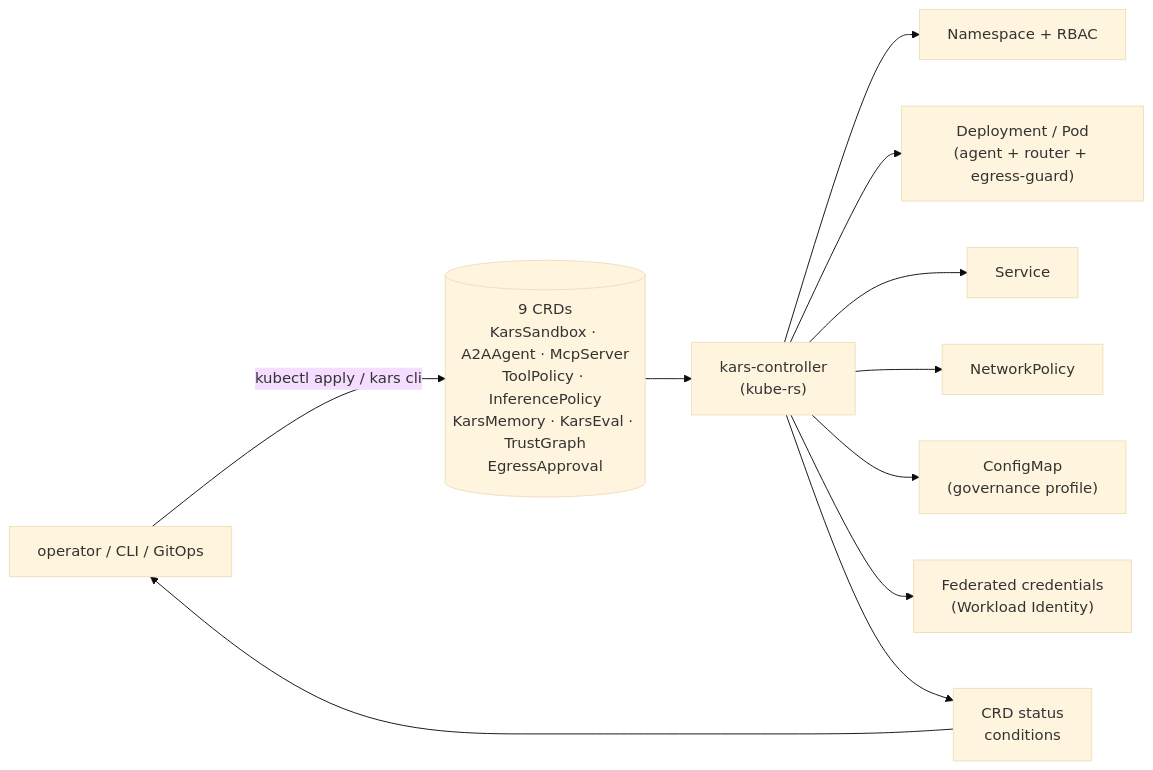
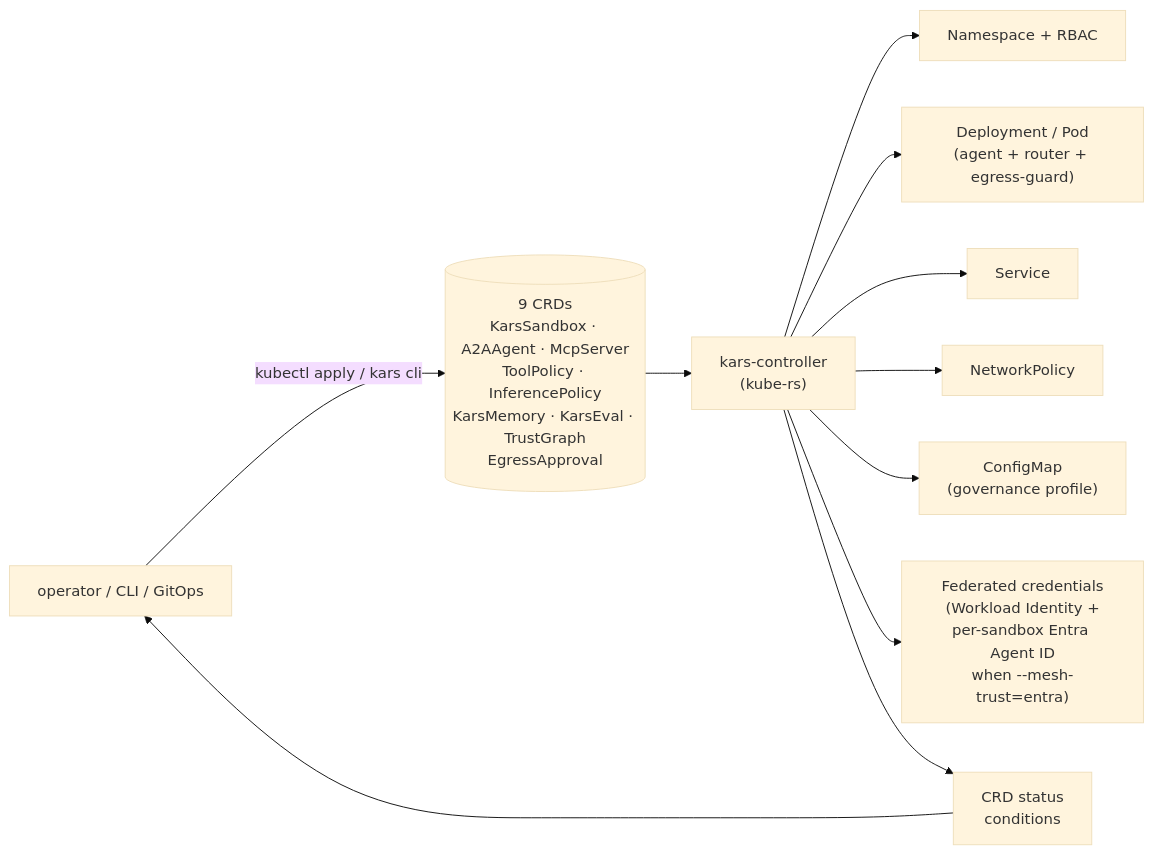
One commit to lachie83/kars changed the sixth of 9 diagrams in docs/architecture-diagrams.md. Above: the diagram before and after it, drawn with Mermaid (base theme). The commit also changed other lines of this file and 6 other files, not shown here.

First line of the commit message:
docs(readme,architecture): refresh identity story for Entra Agent ID + scrub residual azureclaw refs (#366)

````diff
--- a/docs/architecture-diagrams.md
+++ b/docs/architecture-diagrams.md
@@ -202,18 +223,18 @@
 ```mermaid
 flowchart LR
   User["operator / CLI / GitOps"]
   CRD[("9 CRDs<br/>KarsSandbox · A2AAgent · McpServer<br/>ToolPolicy · InferencePolicy<br/>KarsMemory · KarsEval · TrustGraph<br/>EgressApproval")]
   Ctrl["kars-controller<br/>(kube-rs)"]
 
   User -->|kubectl apply / kars cli| CRD
   CRD --> Ctrl
   Ctrl --> NS["Namespace + RBAC"]
   Ctrl --> Dep["Deployment / Pod<br/>(agent + router + egress-guard)"]
   Ctrl --> Svc["Service"]
   Ctrl --> NP["NetworkPolicy"]
   Ctrl --> CM["ConfigMap<br/>(governance profile)"]
-  Ctrl --> FedCred["Federated credentials<br/>(Workload Identity)"]
+  Ctrl --> FedCred["Federated credentials<br/>(Workload Identity +<br/>per-sandbox Entra Agent ID<br/>when --mesh-trust=entra)"]
   Ctrl --> Status["CRD status<br/>conditions"]
 
   Status --> User
 ```
````
